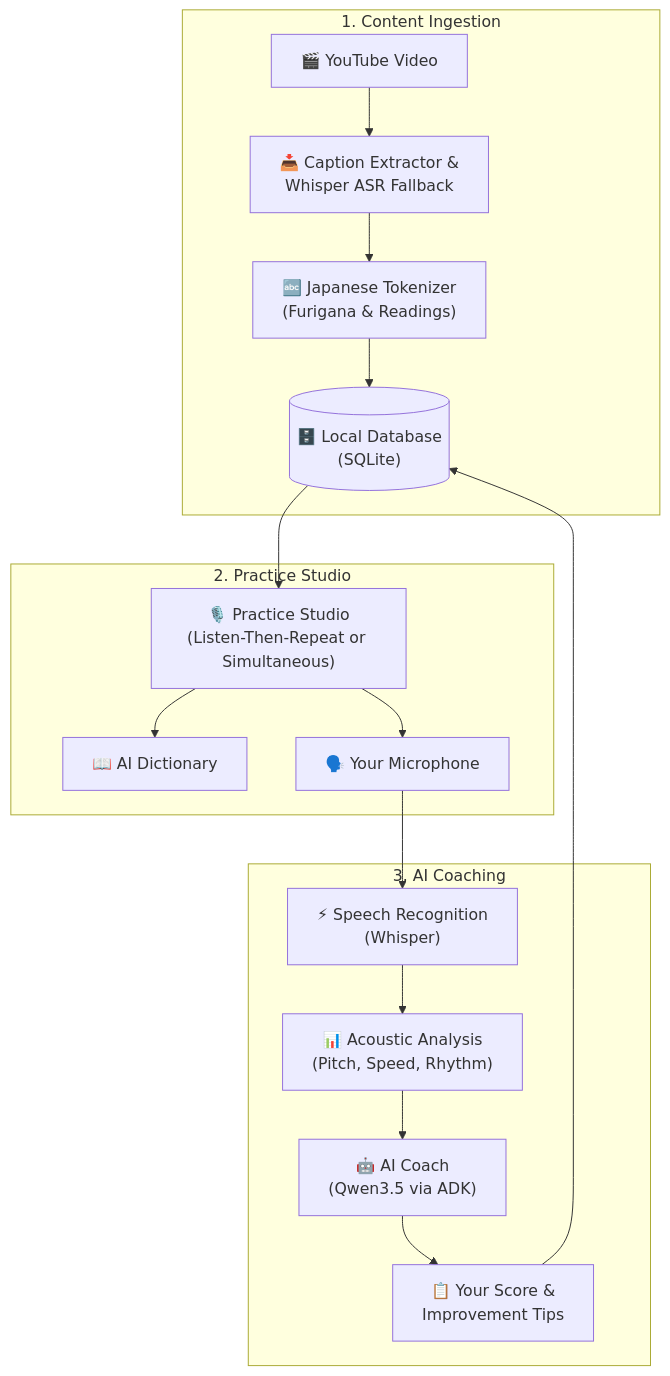
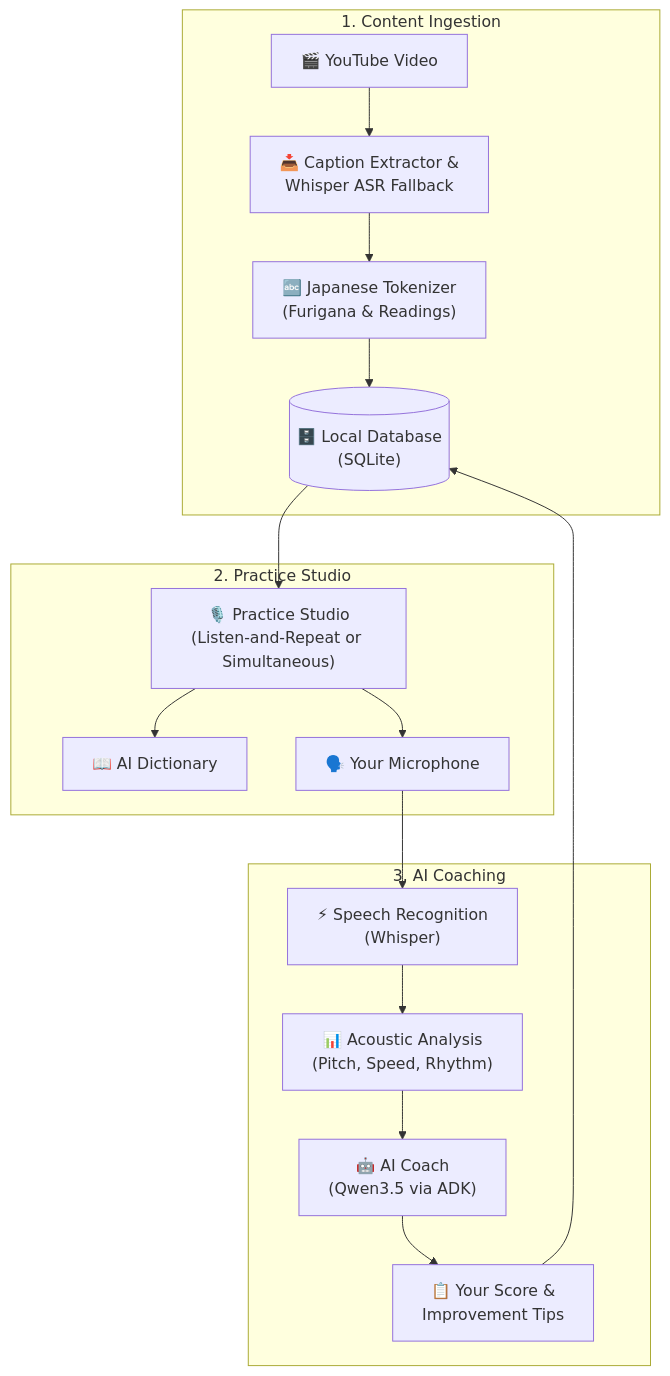
One commit to NinjaRoboticsEducation/EchoLearning changed the fifth of 20 diagrams in README.md. Above: the diagram before and after it, drawn with Mermaid. The commit also changed other lines of this file and 10 other files, not shown here.

````diff
--- a/README.md
+++ b/README.md
@@ -593,22 +601,22 @@
 ```mermaid
 flowchart TD
     subgraph S1 ["1. Content Ingestion"]
         YT["🎬 YouTube Video"] --> CAP["📥 Caption Extractor &\nWhisper ASR Fallback"]
         CAP --> MECAB["🔤 Japanese Tokenizer\n(Furigana & Readings)"]
         MECAB --> DB[("🗄️ Local Database\n(SQLite)")]
     end
 
     subgraph S2 ["2. Practice Studio"]
-        DB --> STUDIO["🎙️ Practice Studio\n(Listen-Then-Repeat or Simultaneous)"]
+        DB --> STUDIO["🎙️ Practice Studio\n(Listen-and-Repeat or Simultaneous)"]
         STUDIO --> DICT["📖 AI Dictionary"]
         STUDIO --> MIC["🗣️ Your Microphone"]
     end
 
     subgraph S3 ["3. AI Coaching"]
         MIC --> WHISPER["⚡ Speech Recognition\n(Whisper)"]
         WHISPER --> ANALYSIS["📊 Acoustic Analysis\n(Pitch, Speed, Rhythm)"]
         ANALYSIS --> COACH["🤖 AI Coach\n(Qwen3.5 via ADK)"]
         COACH --> REPORT["📋 Your Score &\nImprovement Tips"]
         REPORT --> DB
     end
 ```
````
